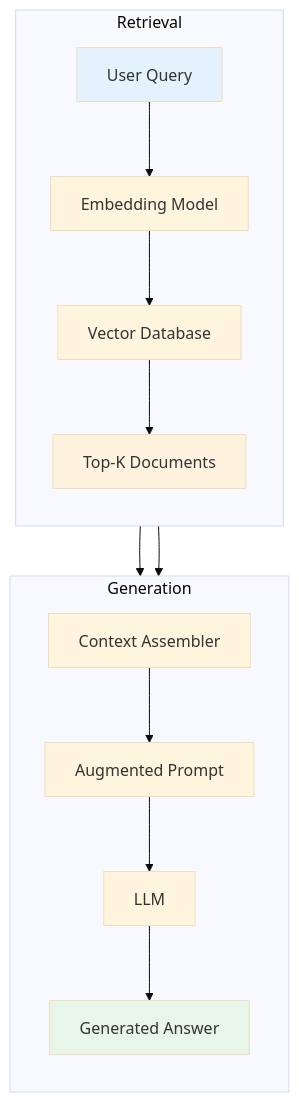
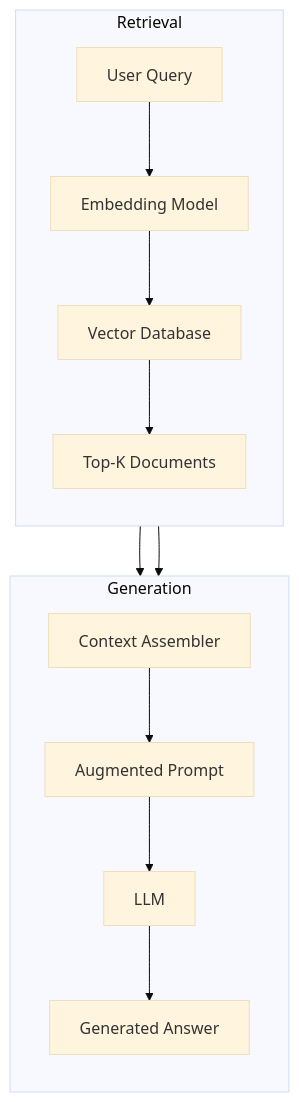
One commit to yuexiaoliang/prompt-engineering-learning changed the third of 4 diagrams in 04-agents-tools-en.md. Above: the diagram before and after it, drawn with Mermaid (base theme). The commit also changed other lines of this file and 9 other files, not shown here.

First line of the commit message:
fix(prompt-engineering): remove hardcoded mermaid fill styles for theme auto-adaptation

````diff
--- a/04-agents-tools-en.md
+++ b/04-agents-tools-en.md
@@ -348,22 +344,18 @@
 ```mermaid
 flowchart TD
     subgraph Retrieval
         direction TB
         Q[User Query] --> E[Embedding Model]
         E --> V[Vector Database]
         V --> D[Top-K Documents]
     end
 
     subgraph Generation
         direction TB
         D --> C[Context Assembler]
         Q --> C
         C --> P[Augmented Prompt]
         P --> LLM[LLM]
         LLM --> A[Generated Answer]
     end
-
-    style Q fill:#e3f2fd
-    style D fill:#fff3e0
-    style A fill:#e8f5e9
 ```
````
